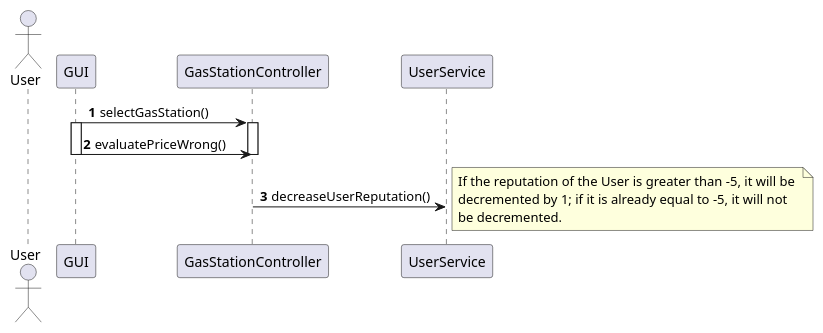
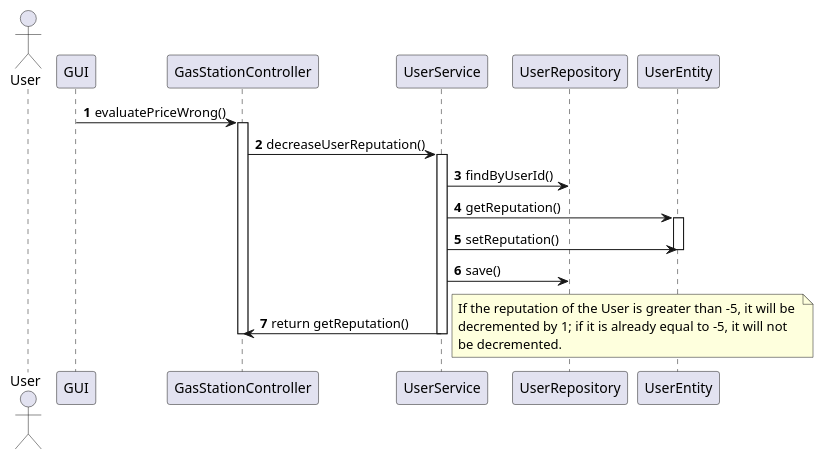
One commit to s269731/Ezgas-SE1 changed the tenth of 10 diagrams in docs/DesignDocument.md. Above: the diagram before and after it, drawn with PlantUML. The commit also changed other lines of this file and 1 other file, not shown here.

Commit message:
docs: fix in DesignDocument.md of verification sequence diagram, add some methods in repository interface and converter class

````diff
--- a/docs/DesignDocument.md
+++ b/docs/DesignDocument.md
@@ -599,18 +670,24 @@
 ```plantuml
 
 @startuml
 
 autonumber
 actor User
-GUI -> GasStationController: selectGasStation()
+GUI -> GasStationController: evaluatePriceWrong()
 activate GasStationController
-activate GUI
-GUI -> GasStationController: evaluatePriceWrong()
+GasStationController -> UserService: decreaseUserReputation()
+activate UserService
+UserService -> UserRepository: findByUserId()
+UserService -> UserEntity: getReputation()
+activate UserEntity
+UserService -> UserEntity: setReputation()
+deactivate UserEntity
+UserService -> UserRepository: save()
+UserService -> GasStationController: return getReputation()
+deactivate UserService
 deactivate GasStationController
-deactivate GUI
-GasStationController -> UserService: decreaseUserReputation()
 note right: If the reputation of the User is greater than -5, it will be \ndecremented by 1; if it is already equal to -5, it will not \nbe decremented.
 
 @enduml
 
 ```
````
